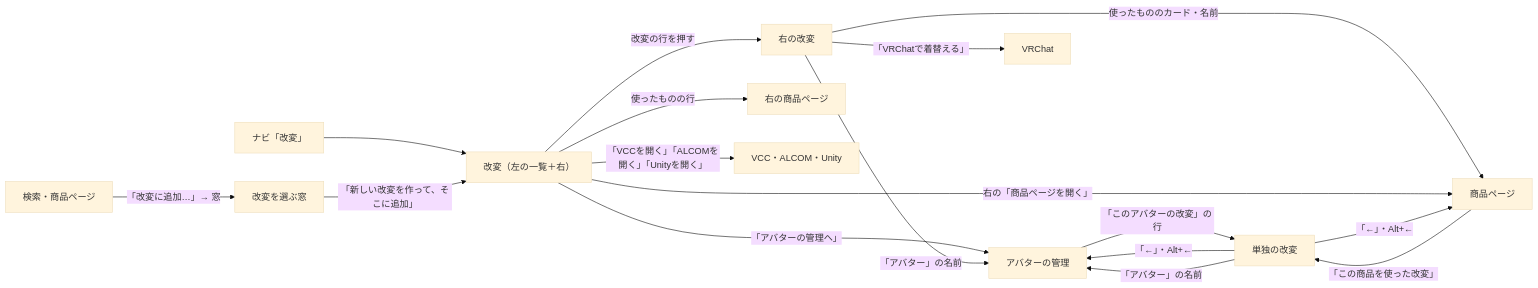
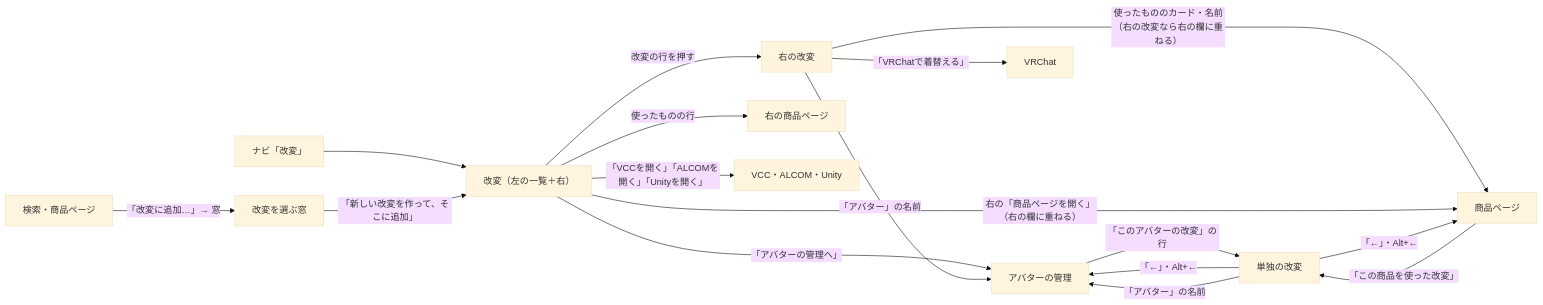
Before and after one commit to kumo-mayu/chmonos: the diagram in docs/dev/ui-paths/modifications.md, drawn with Mermaid (base theme). The commit also changed other lines of this file and 21 other files, not shown here.

````diff
--- a/docs/dev/ui-paths/modifications.md
+++ b/docs/dev/ui-paths/modifications.md
@@ -93,19 +93,19 @@
 ```mermaid
 flowchart LR
   Nav["ナビ「改変」"] --> Hub["改変（左の一覧＋右）"]
   Hub -->|"改変の行を押す"| RMod["右の改変"]
   Hub -->|"使ったものの行"| RItem["右の商品ページ"]
   Hub -->|"「アバターの管理へ」"| Av["アバターの管理"]
   RMod -->|"「アバター」の名前"| Av
-  RMod -->|"使ったもののカード・名前"| Item["商品ページ"]
-  Hub -->|"右の「商品ページを開く」"| Item
+  RMod -->|"使ったもののカード・名前（右の改変なら右の欄に重ねる）"| Item["商品ページ"]
+  Hub -->|"右の「商品ページを開く」（右の欄に重ねる）"| Item
   Av -->|"「このアバターの改変」の行"| Solo["単独の改変"]
   Item -->|"「この商品を使った改変」"| Solo
   Solo -->|"「←」・Alt+←"| Av
   Solo -->|"「←」・Alt+←"| Item
   Solo -->|"「アバター」の名前"| Av
   Search["検索・商品ページ"] -->|"「改変に追加…」→ 窓"| Pick["改変を選ぶ窓"]
   Pick -->|"「新しい改変を作って、そこに追加」"| Hub
   Hub -->|"「VCCを開く」「ALCOMを開く」「Unityを開く」"| Ext["VCC・ALCOM・Unity"]
   RMod -->|"「VRChatで着替える」"| VRC["VRChat"]
 ```
````
